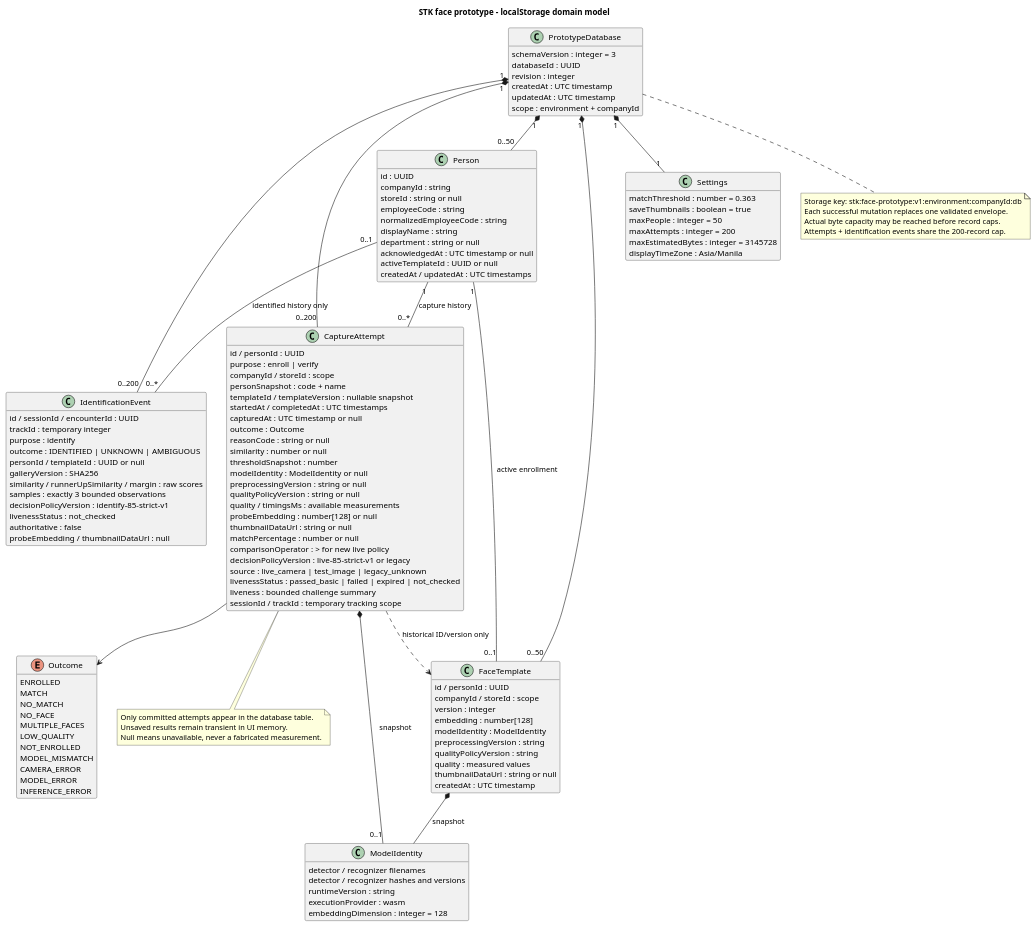
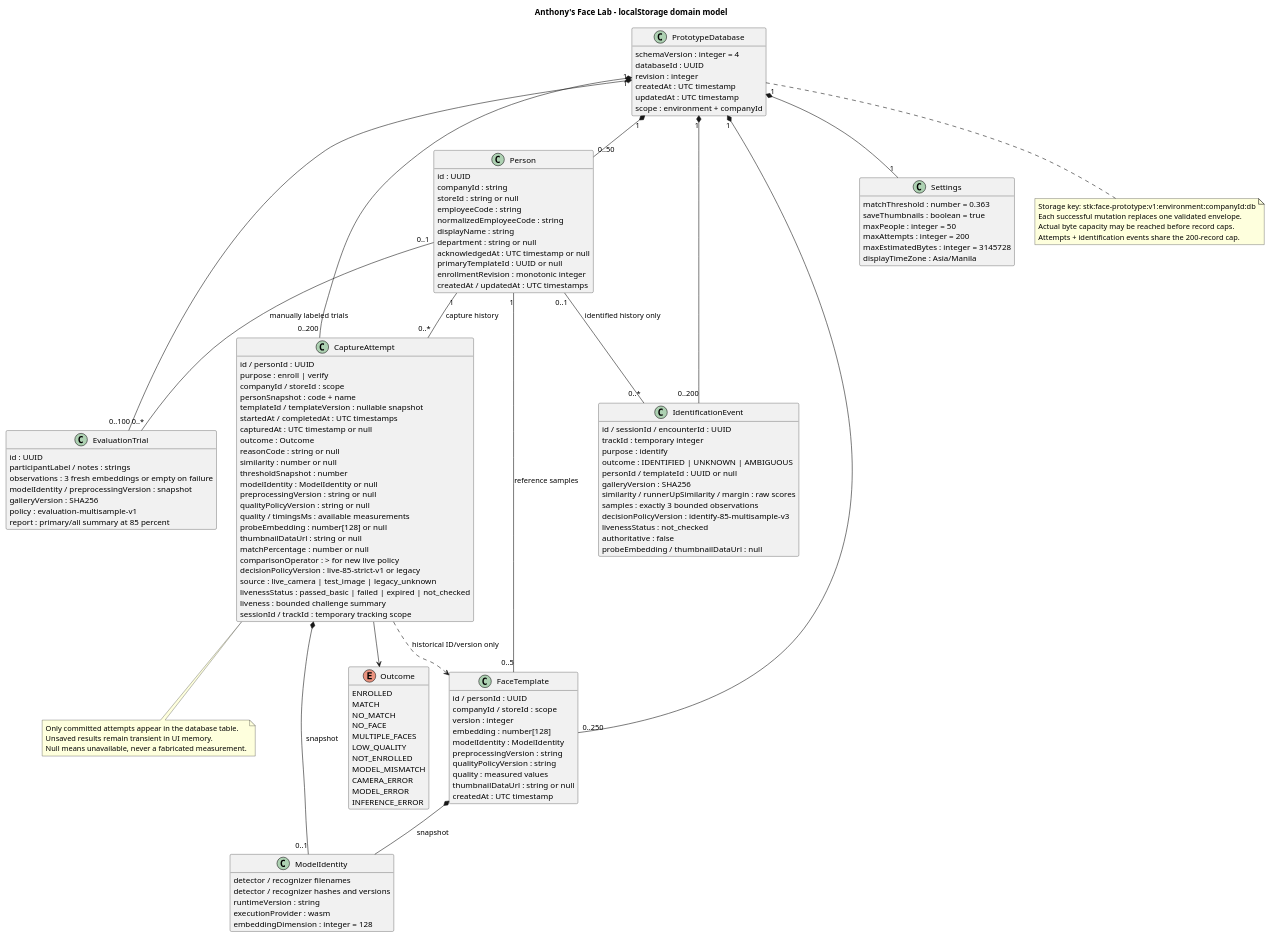
One commit to pixelDigitTony/face-recog-prototype changed the second of 9 diagrams in docs/STK_FACE_RECOGNITION_PROTOTYPE_UML.puml. Above: the diagram before and after it, drawn with PlantUML. The commit also changed other lines of this file and 41 other files, not shown here.

```diff
--- a/docs/STK_FACE_RECOGNITION_PROTOTYPE_UML.puml
+++ b/docs/STK_FACE_RECOGNITION_PROTOTYPE_UML.puml
@@ -87,140 +87,155 @@
 @startuml stk_face_prototype_domain
-title STK face prototype - localStorage domain model
+title Anthony's Face Lab - localStorage domain model
 hide methods
 skinparam classAttributeIconSize 0
 skinparam shadowing false
 
 class PrototypeDatabase {
-  schemaVersion : integer = 3
+  schemaVersion : integer = 4
   databaseId : UUID
   revision : integer
   createdAt : UTC timestamp
   updatedAt : UTC timestamp
   scope : environment + companyId
 }
 
 class Person {
   id : UUID
   companyId : string
   storeId : string or null
   employeeCode : string
   normalizedEmployeeCode : string
   displayName : string
   department : string or null
   acknowledgedAt : UTC timestamp or null
-  activeTemplateId : UUID or null
+  primaryTemplateId : UUID or null
+  enrollmentRevision : monotonic integer
   createdAt / updatedAt : UTC timestamps
 }
+
+class EvaluationTrial {
+  id : UUID
+  personId : UUID or null (manual ground truth)
+  participantLabel / notes : strings
+  observations : 3 fresh embeddings or empty on failure
+  modelIdentity / preprocessingVersion : snapshot
+  galleryVersion : SHA256
+  policy : evaluation-multisample-v1
+  report : primary/all summary at 85 percent
+}
+PrototypeDatabase "1" *-- "0..100" EvaluationTrial
+Person "0..1" -- "0..*" EvaluationTrial : manually labeled trials
 
 class IdentificationEvent {
   id / sessionId / encounterId : UUID
   trackId : temporary integer
   purpose : identify
   outcome : IDENTIFIED | UNKNOWN | AMBIGUOUS
   personId / templateId : UUID or null
   galleryVersion : SHA256
   similarity / runnerUpSimilarity / margin : raw scores
   samples : exactly 3 bounded observations
-  decisionPolicyVersion : identify-85-strict-v1
+  decisionPolicyVersion : identify-85-multisample-v3
   livenessStatus : not_checked
   authoritative : false
   probeEmbedding / thumbnailDataUrl : null
 }
 
 class FaceTemplate {
+  label : editable string (max 60)
   id / personId : UUID
   companyId / storeId : scope
   version : integer
   embedding : number[128]
   modelIdentity : ModelIdentity
   preprocessingVersion : string
   qualityPolicyVersion : string
   quality : measured values
   thumbnailDataUrl : string or null
   createdAt : UTC timestamp
 }
 
 class CaptureAttempt {
   id / personId : UUID
   purpose : enroll | verify
   companyId / storeId : scope
   personSnapshot : code + name
   templateId / templateVersion : nullable snapshot
   startedAt / completedAt : UTC timestamps
   capturedAt : UTC timestamp or null
   outcome : Outcome
   reasonCode : string or null
   similarity : number or null
   thresholdSnapshot : number
   modelIdentity : ModelIdentity or null
   preprocessingVersion : string or null
   qualityPolicyVersion : string or null
   quality / timingsMs : available measurements
   probeEmbedding : number[128] or null
   thumbnailDataUrl : string or null
   matchPercentage : number or null
   comparisonOperator : > for new live policy
   decisionPolicyVersion : live-85-strict-v1 or legacy
   source : live_camera | test_image | legacy_unknown
   livenessStatus : passed_basic | failed | expired | not_checked
   liveness : bounded challenge summary
   sessionId / trackId : temporary tracking scope
 }
 
 class ModelIdentity {
   detector / recognizer filenames
   detector / recognizer hashes and versions
   runtimeVersion : string
   executionProvider : wasm
   embeddingDimension : integer = 128
 }
 
 class Settings {
   matchThreshold : number = 0.363
   saveThumbnails : boolean = true
   maxPeople : integer = 50
   maxAttempts : integer = 200
   maxEstimatedBytes : integer = 3145728
   displayTimeZone : Asia/Manila
 }
 
 enum Outcome {
   ENROLLED
   MATCH
   NO_MATCH
   NO_FACE
   MULTIPLE_FACES
   LOW_QUALITY
   NOT_ENROLLED
   MODEL_MISMATCH
   CAMERA_ERROR
   MODEL_ERROR
   INFERENCE_ERROR
 }
 
 PrototypeDatabase "1" *-- "0..50" Person
-PrototypeDatabase "1" *-- "0..50" FaceTemplate
+PrototypeDatabase "1" *-- "0..250" FaceTemplate
 PrototypeDatabase "1" *-- "0..200" CaptureAttempt
 PrototypeDatabase "1" *-- "0..200" IdentificationEvent
 Person "0..1" -- "0..*" IdentificationEvent : identified history only
 PrototypeDatabase "1" *-- "1" Settings
-Person "1" -- "0..1" FaceTemplate : active enrollment
+Person "1" -- "0..5" FaceTemplate : reference samples
 Person "1" -- "0..*" CaptureAttempt : capture history
 FaceTemplate *-- ModelIdentity : snapshot
 CaptureAttempt *-- "0..1" ModelIdentity : snapshot
 CaptureAttempt --> Outcome
 CaptureAttempt ..> FaceTemplate : historical ID/version only
 
 note bottom of PrototypeDatabase
   Storage key: stk:face-prototype:v1:environment:companyId:db
   Each successful mutation replaces one validated envelope.
   Actual byte capacity may be reached before record caps.
   Attempts + identification events share the 200-record cap.
 end note
 
 note bottom of CaptureAttempt
   Only committed attempts appear in the database table.
   Unsaved results remain transient in UI memory.
   Null means unavailable, never a fabricated measurement.
 end note
 @enduml
```
